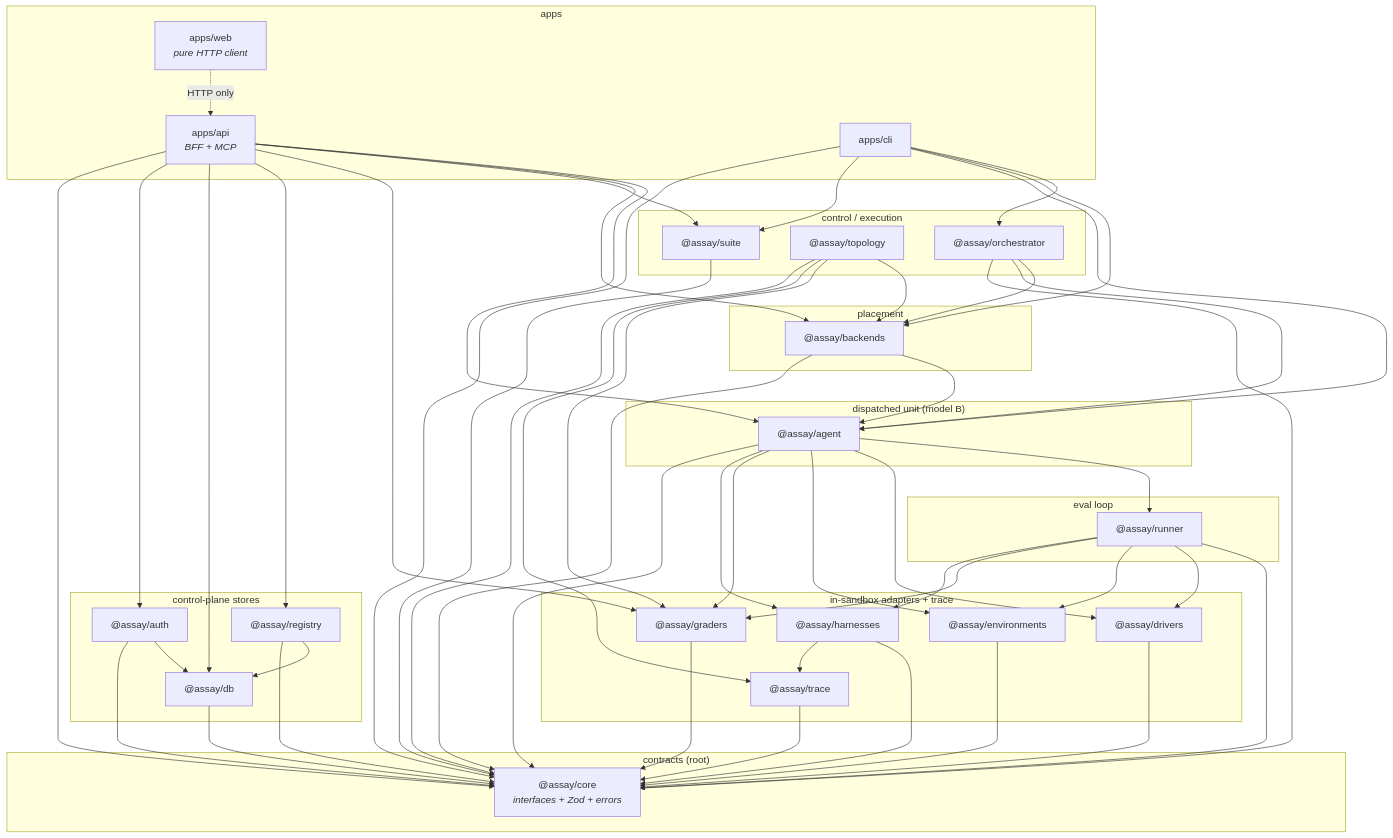
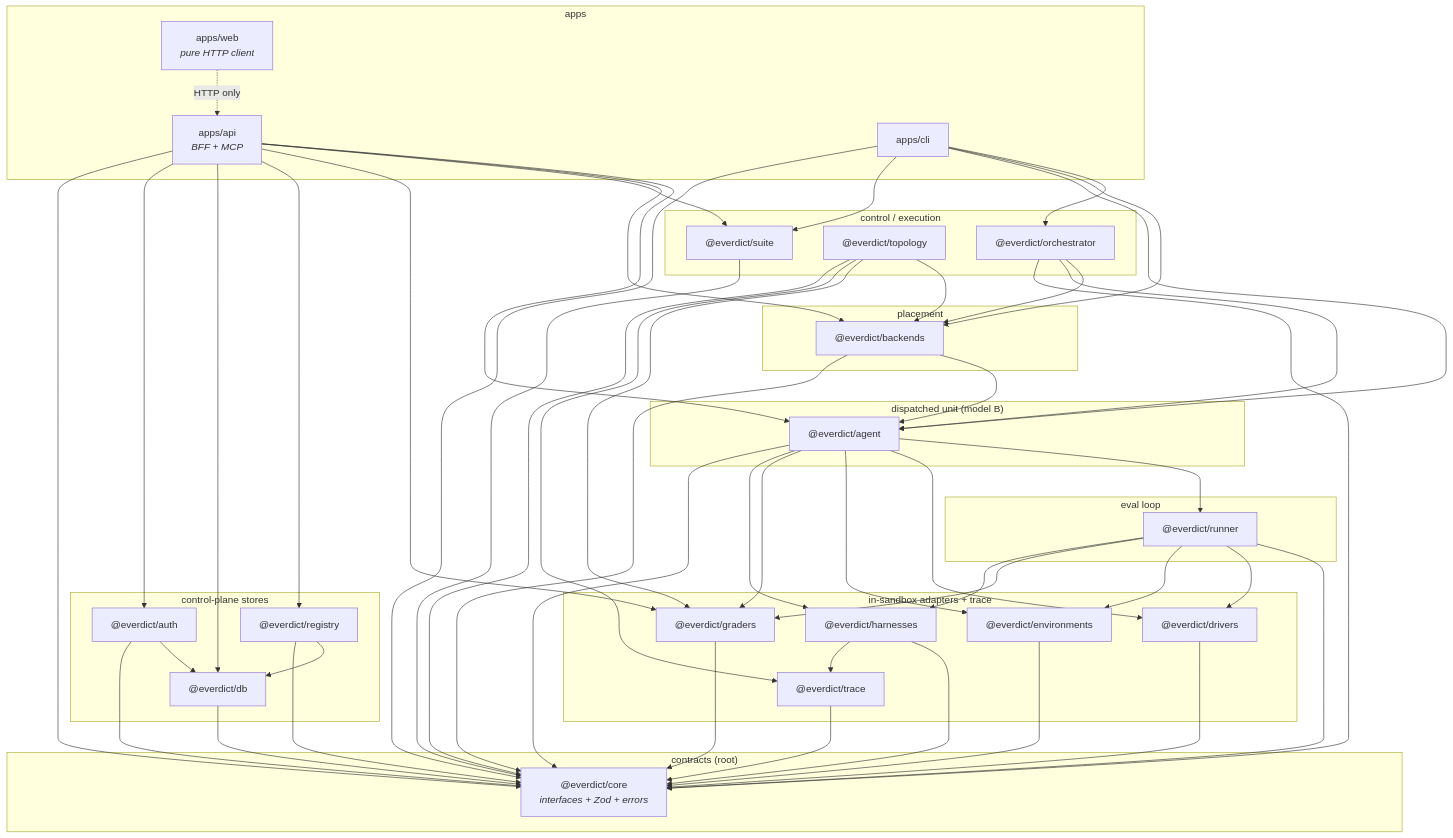
Before and after one commit to everdict/everdict: the first of 24 diagrams in docs/architecture/collaboration.md, drawn with Mermaid. The commit also changed other lines of this file and 627 other files, not shown here.

````diff
--- a/docs/architecture/collaboration.md
+++ b/docs/architecture/collaboration.md
@@ -29,39 +29,39 @@
 ```mermaid
 flowchart TD
   subgraph L0["contracts (root)"]
-    core["@assay/core<br/><i>interfaces + Zod + errors</i>"]
+    core["@everdict/core<br/><i>interfaces + Zod + errors</i>"]
   end
 
   subgraph L1["in-sandbox adapters + trace"]
-    drivers["@assay/drivers"]
-    environments["@assay/environments"]
-    harnesses["@assay/harnesses"]
-    graders["@assay/graders"]
-    trace["@assay/trace"]
+    drivers["@everdict/drivers"]
+    environments["@everdict/environments"]
+    harnesses["@everdict/harnesses"]
+    graders["@everdict/graders"]
+    trace["@everdict/trace"]
   end
 
   subgraph L2["eval loop"]
-    runner["@assay/runner"]
+    runner["@everdict/runner"]
   end
 
   subgraph L3["dispatched unit (model B)"]
-    agent["@assay/agent"]
+    agent["@everdict/agent"]
   end
 
   subgraph L4["placement"]
-    backends["@assay/backends"]
+    backends["@everdict/backends"]
   end
 
   subgraph L5["control / execution"]
-    orchestrator["@assay/orchestrator"]
-    topology["@assay/topology"]
-    suite["@assay/suite"]
+    orchestrator["@everdict/orchestrator"]
+    topology["@everdict/topology"]
+    suite["@everdict/suite"]
   end
 
   subgraph CP["control-plane stores"]
-    db["@assay/db"]
-    registry["@assay/registry"]
-    auth["@assay/auth"]
+    db["@everdict/db"]
+    registry["@everdict/registry"]
+    auth["@everdict/auth"]
   end
 
   subgraph APPS["apps"]
````
